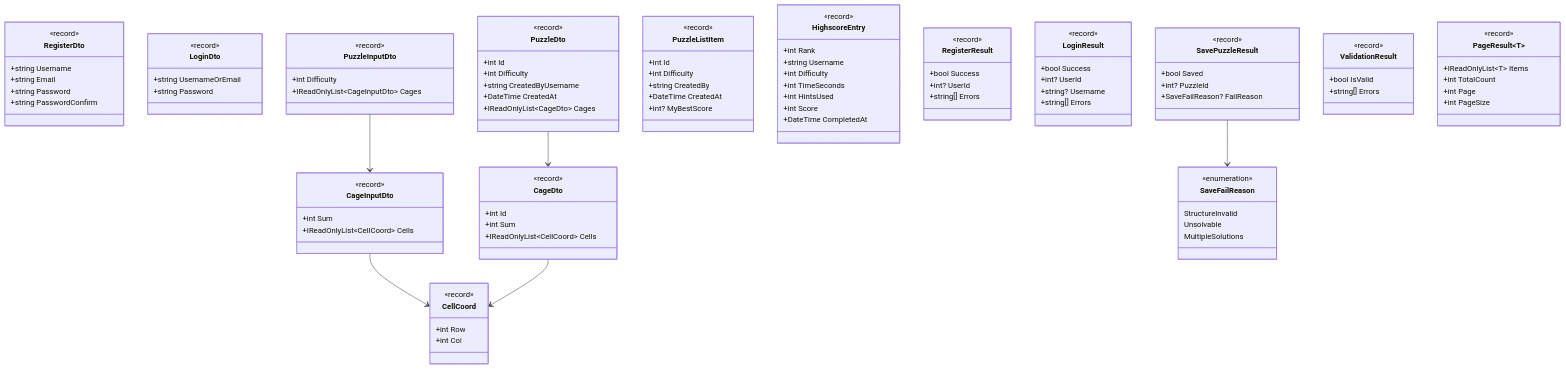
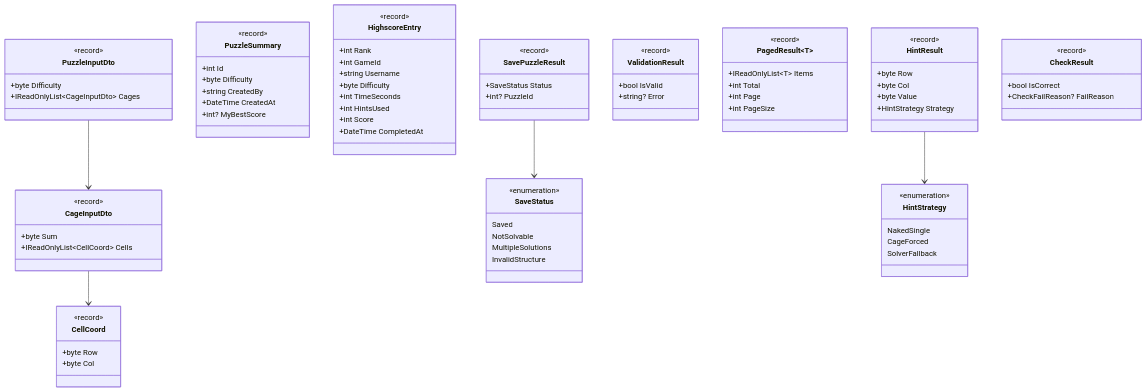
The fourth of 7 diagrams in docs/class-diagram.md (Tim-Fischer-zh/skillsbattle), drawn with Mermaid before and after one commit. The commit also changed other lines of this file and 8 other files, not shown here.

````diff
--- a/docs/class-diagram.md
+++ b/docs/class-diagram.md
@@ -453,51 +440,25 @@
 classDiagram
     direction TB
 
-    class RegisterDto {
-        <<record>>
-        +string Username
-        +string Email
-        +string Password
-        +string PasswordConfirm
-    }
-    class LoginDto {
-        <<record>>
-        +string UsernameOrEmail
-        +string Password
-    }
     class PuzzleInputDto {
         <<record>>
-        +int Difficulty
+        +byte Difficulty
         +IReadOnlyList~CageInputDto~ Cages
     }
     class CageInputDto {
         <<record>>
-        +int Sum
+        +byte Sum
         +IReadOnlyList~CellCoord~ Cells
     }
     class CellCoord {
         <<record>>
-        +int Row
-        +int Col
+        +byte Row
+        +byte Col
     }
-    class PuzzleDto {
+    class PuzzleSummary {
         <<record>>
         +int Id
-        +int Difficulty
-        +string CreatedByUsername
-        +DateTime CreatedAt
-        +IReadOnlyList~CageDto~ Cages
-    }
-    class CageDto {
-        <<record>>
-        +int Id
-        +int Sum
-        +IReadOnlyList~CellCoord~ Cells
-    }
-    class PuzzleListItem {
-        <<record>>
-        +int Id
-        +int Difficulty
+        +byte Difficulty
         +string CreatedBy
         +DateTime CreatedAt
         +int? MyBestScore
@@ -505,54 +466,59 @@
     class HighscoreEntry {
         <<record>>
         +int Rank
+        +int GameId
         +string Username
-        +int Difficulty
+        +byte Difficulty
         +int TimeSeconds
         +int HintsUsed
         +int Score
         +DateTime CompletedAt
     }
-    class RegisterResult {
-        <<record>>
-        +bool Success
-        +int? UserId
-        +string[] Errors
-    }
-    class LoginResult {
-        <<record>>
-        +bool Success
-        +int? UserId
-        +string? Username
-        +string[] Errors
-    }
     class SavePuzzleResult {
         <<record>>
-        +bool Saved
+        +SaveStatus Status
         +int? PuzzleId
-        +SaveFailReason? FailReason
     }
-    class SaveFailReason {
+    class SaveStatus {
         <<enumeration>>
-        StructureInvalid
-        Unsolvable
+        Saved
+        NotSolvable
         MultipleSolutions
+        InvalidStructure
     }
     class ValidationResult {
         <<record>>
         +bool IsValid
-        +string[] Errors
+        +string? Error
     }
-    class PageResult~T~ {
+    class PagedResult~T~ {
         <<record>>
         +IReadOnlyList~T~ Items
-        +int TotalCount
+        +int Total
         +int Page
         +int PageSize
+    }
+    class HintResult {
+        <<record>>
+        +byte Row
+        +byte Col
+        +byte Value
+        +HintStrategy Strategy
+    }
+    class HintStrategy {
+        <<enumeration>>
+        NakedSingle
+        CageForced
+        SolverFallback
+    }
+    class CheckResult {
+        <<record>>
+        +bool IsCorrect
+        +CheckFailReason? FailReason
     }
 
     PuzzleInputDto --> CageInputDto
     CageInputDto --> CellCoord
-    PuzzleDto --> CageDto
-    CageDto --> CellCoord
-    SavePuzzleResult --> SaveFailReason
+    SavePuzzleResult --> SaveStatus
+    HintResult --> HintStrategy
 ```
````
